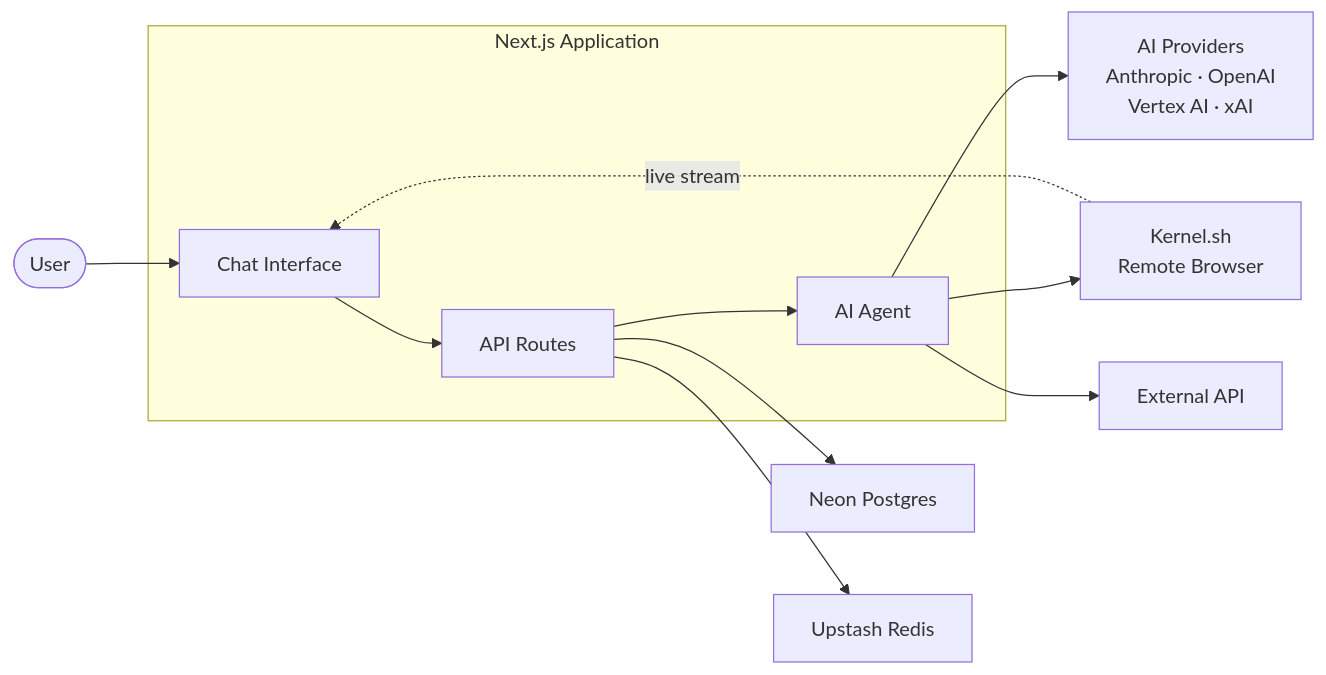
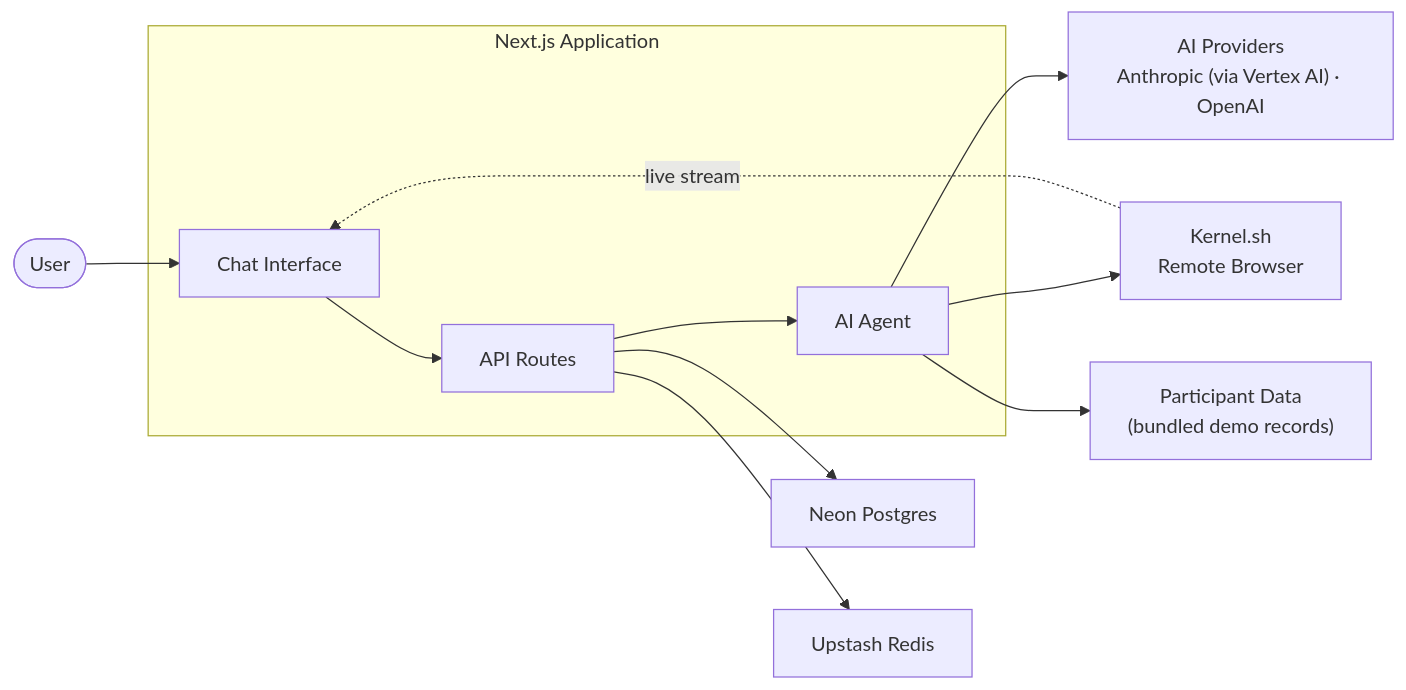
The first of 2 diagrams in README.md (navapbc/ai-chatbot), drawn with Mermaid before and after one commit. The commit also changed other lines of this file and 4 other files, not shown here.

````diff
--- a/README.md
+++ b/README.md
@@ -38,16 +38,16 @@
 ```mermaid
 graph LR
     User([User]) --> UI
 
     subgraph App["Next.js Application"]
         UI["Chat Interface"] --> Routes["API Routes"]
         Routes --> Agent["AI Agent"]
     end
 
-    Agent --> LLMs["AI Providers<br/>Anthropic · OpenAI<br/>Vertex AI · xAI"]
+    Agent --> LLMs["AI Providers<br/>Anthropic (via Vertex AI) · OpenAI"]
     Agent --> Browser["Kernel.sh<br/>Remote Browser"]
-    Agent --> ExtAPI["External API"]
+    Agent --> Data["Participant Data<br/>(bundled demo records)"]
     Routes --> DB["Neon Postgres"]
     Routes --> Redis["Upstash Redis"]
     Browser -.->|live stream| UI
 ```
````
